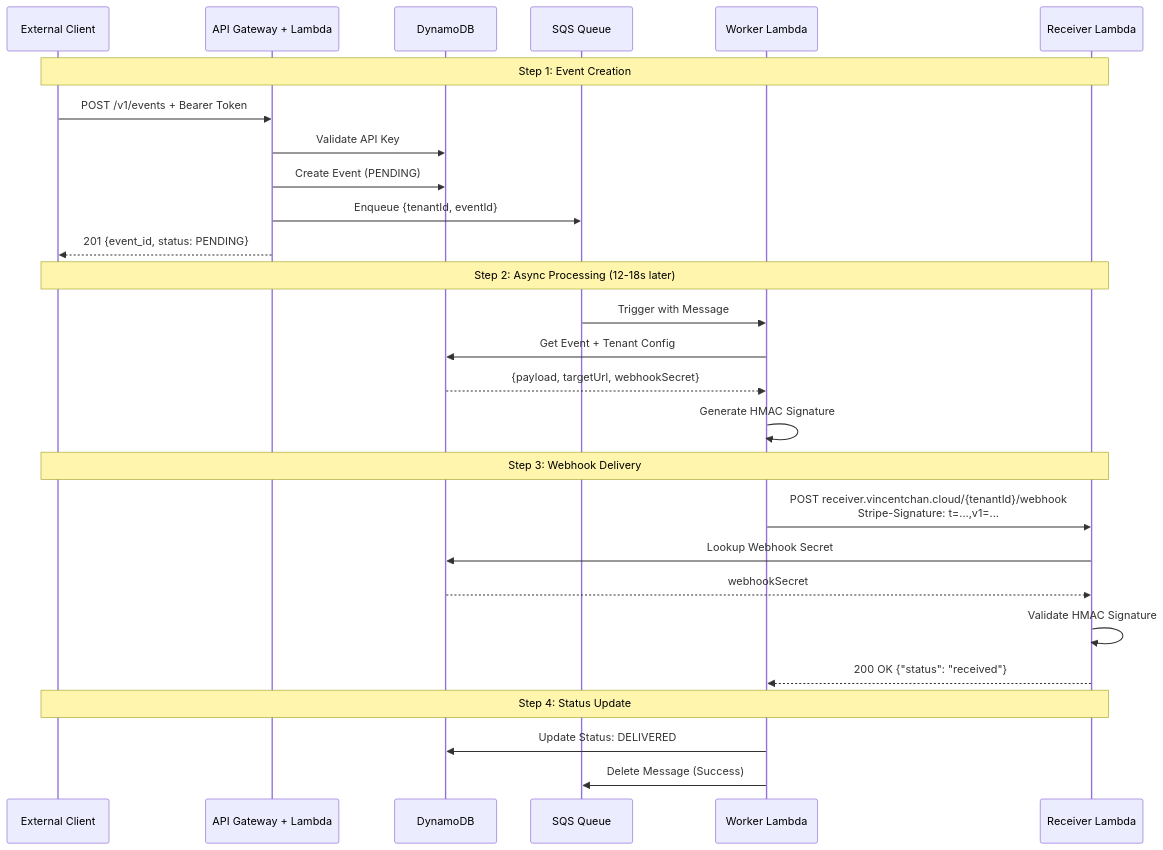
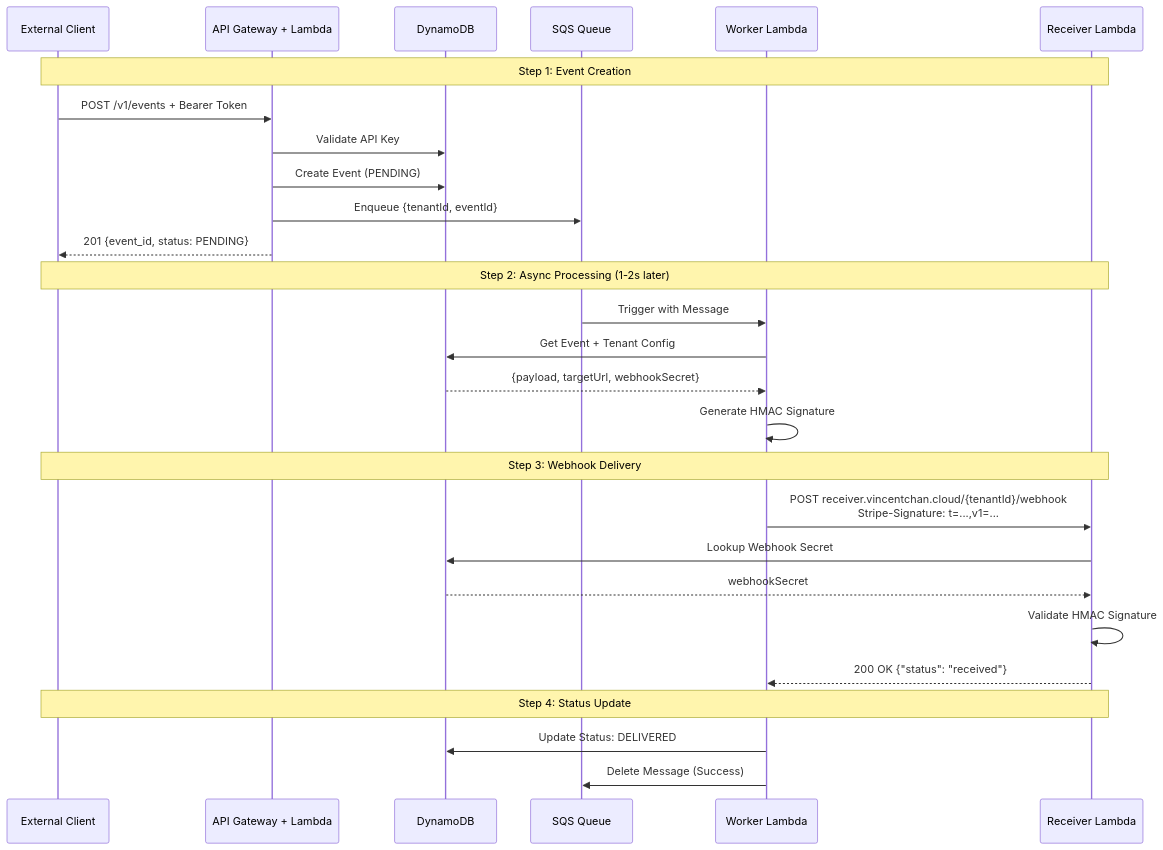
The fourth of 4 diagrams in README.md (lousydropout/webhook-delivery), drawn with Mermaid before and after one commit. The commit also changed other lines of this file and 31 other files, not shown here.

First line of the commit message:
Improve API documentation organization and demo flow

````diff
--- a/README.md
+++ b/README.md
@@ -294,33 +332,33 @@
 ```mermaid
 sequenceDiagram
     participant Client as External Client
     participant API as API Gateway + Lambda
     participant DB as DynamoDB
     participant SQS as SQS Queue
     participant Worker as Worker Lambda
     participant Receiver as Receiver Lambda
 
     Note over Client,Receiver: Step 1: Event Creation
     Client->>API: POST /v1/events + Bearer Token
     API->>DB: Validate API Key
     API->>DB: Create Event (PENDING)
     API->>SQS: Enqueue {tenantId, eventId}
     API-->>Client: 201 {event_id, status: PENDING}
 
-    Note over Client,Receiver: Step 2: Async Processing (12-18s later)
+    Note over Client,Receiver: Step 2: Async Processing (1-2s later)
     SQS->>Worker: Trigger with Message
     Worker->>DB: Get Event + Tenant Config
     DB-->>Worker: {payload, targetUrl, webhookSecret}
     Worker->>Worker: Generate HMAC Signature
 
     Note over Client,Receiver: Step 3: Webhook Delivery
     Worker->>Receiver: POST receiver.vincentchan.cloud/{tenantId}/webhook<br/>Stripe-Signature: t=...,v1=...
     Receiver->>DB: Lookup Webhook Secret
     DB-->>Receiver: webhookSecret
     Receiver->>Receiver: Validate HMAC Signature
     Receiver-->>Worker: 200 OK {"status": "received"}
 
     Note over Client,Receiver: Step 4: Status Update
     Worker->>DB: Update Status: DELIVERED
     Worker->>SQS: Delete Message (Success)
 ```
````
